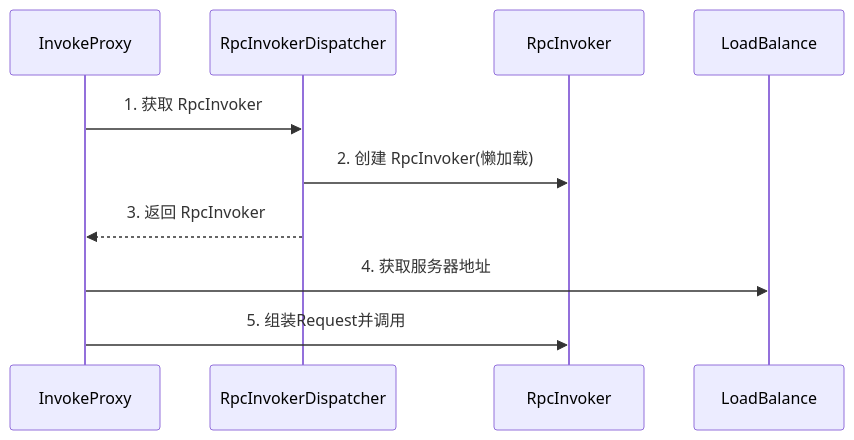
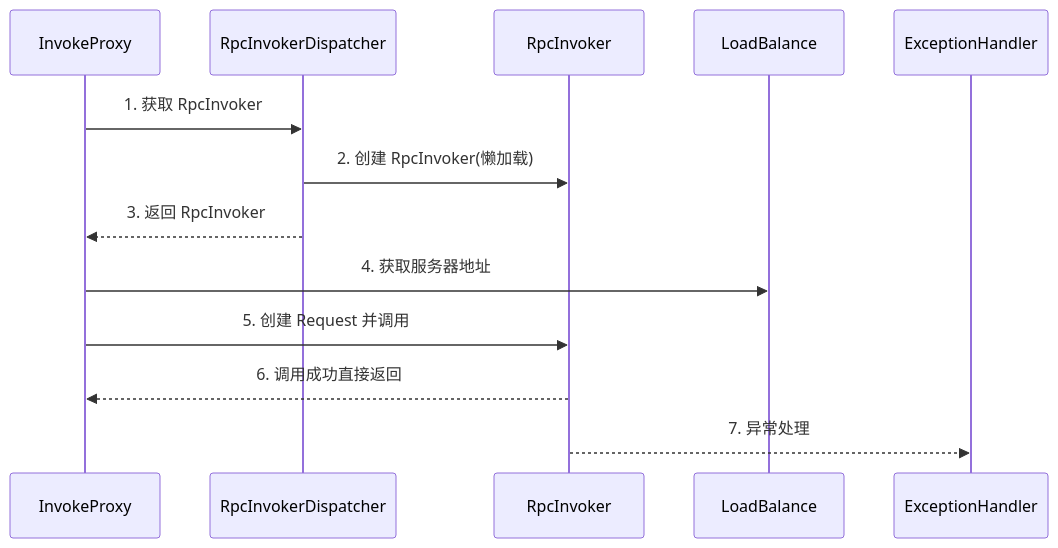
One commit to chenqwwq/landboat-rpc changed the diagram in README.md. Above: the diagram before and after it, drawn with Mermaid. The commit also changed other lines of this file and 24 other files, not shown here.

````diff
--- a/README.md
+++ b/README.md
@@ -27,10 +35,12 @@
 ```mermaid
 sequenceDiagram 
 
 InvokeProxy ->> RpcInvokerDispatcher: 1. 获取 RpcInvoker
 RpcInvokerDispatcher ->> RpcInvoker: 2. 创建 RpcInvoker(懒加载)
 RpcInvokerDispatcher -->> InvokeProxy: 3. 返回 RpcInvoker
 InvokeProxy ->> LoadBalance: 4. 获取服务器地址
-InvokeProxy ->> RpcInvoker: 5. 组装Request并调用
+InvokeProxy ->> RpcInvoker: 5. 创建 Request 并调用
+RpcInvoker -->> InvokeProxy: 6. 调用成功直接返回
+RpcInvoker -->> ExceptionHandler: 7. 异常处理
 
 ```
````
